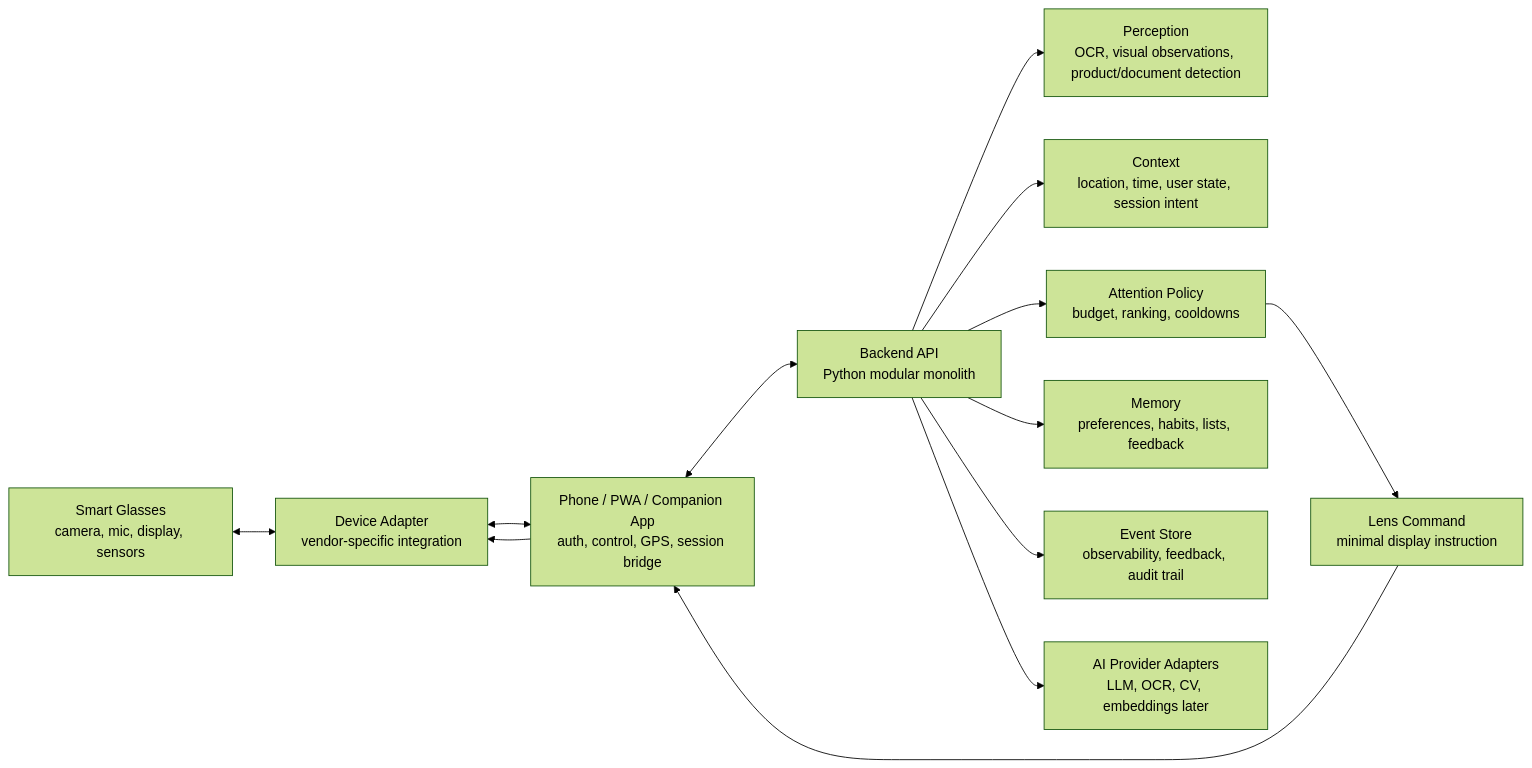
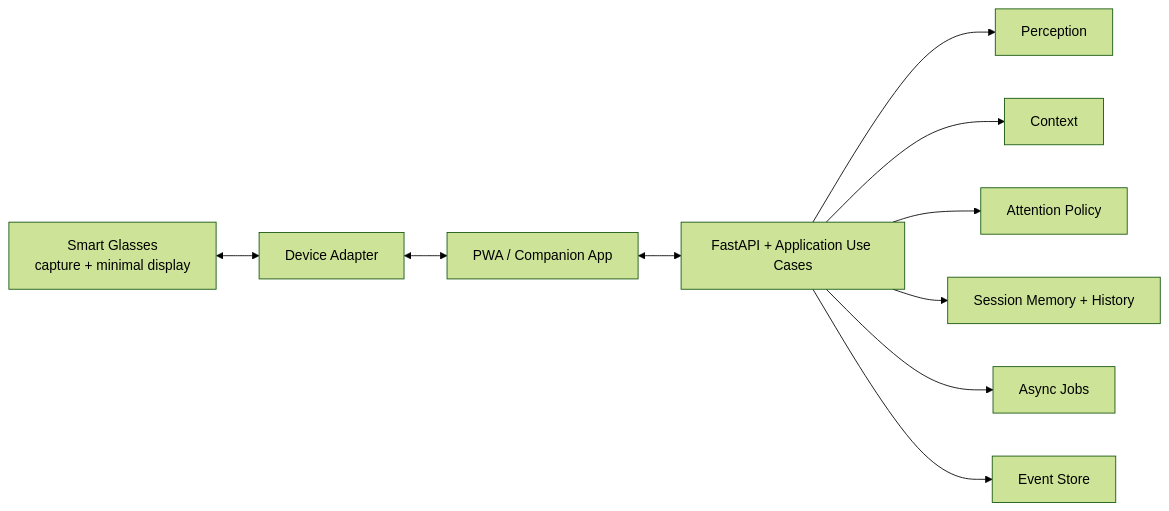
One commit to renanfulas/neweraglasses changed the diagram in README.md. Above: the diagram before and after it, drawn with Mermaid (forest theme). The commit also changed other lines of this file and 13 other files, not shown here.

````diff
--- a/README.md
+++ b/README.md
@@ -31,17 +39,13 @@
 ```mermaid
 flowchart LR
-    Glasses["Smart Glasses<br/>camera, mic, display, sensors"] <--> DeviceAdapter["Device Adapter<br/>vendor-specific integration"]
-    DeviceAdapter <--> Companion["Phone / PWA / Companion App<br/>auth, control, GPS, session bridge"]
-    Companion <--> API["Backend API<br/>Python modular monolith"]
+    Glasses["Smart Glasses<br/>capture + minimal display"] <--> Adapter["Device Adapter"]
+    Adapter <--> Companion["PWA / Companion App"]
+    Companion <--> API["FastAPI + Application Use Cases"]
 
-    API --> Perception["Perception<br/>OCR, visual observations, product/document detection"]
-    API --> Context["Context<br/>location, time, user state, session intent"]
-    API --> Attention["Attention Policy<br/>budget, ranking, cooldowns"]
-    API --> Memory["Memory<br/>preferences, habits, lists, feedback"]
-    API --> Events["Event Store<br/>observability, feedback, audit trail"]
-    API --> AI["AI Provider Adapters<br/>LLM, OCR, CV, embeddings later"]
-
-    Attention --> LensCommand["Lens Command<br/>minimal display instruction"]
-    LensCommand --> Companion
-    Companion --> DeviceAdapter
+    API --> Perception["Perception"]
+    API --> Context["Context"]
+    API --> Attention["Attention Policy"]
+    API --> Memory["Session Memory + History"]
+    API --> Jobs["Async Jobs"]
+    API --> Events["Event Store"]
 ```
````
